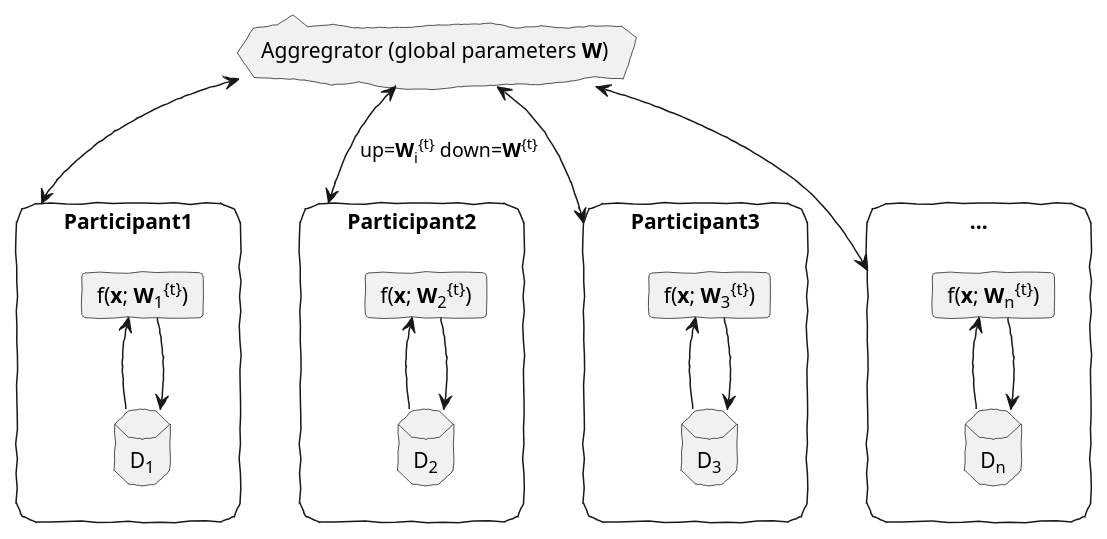
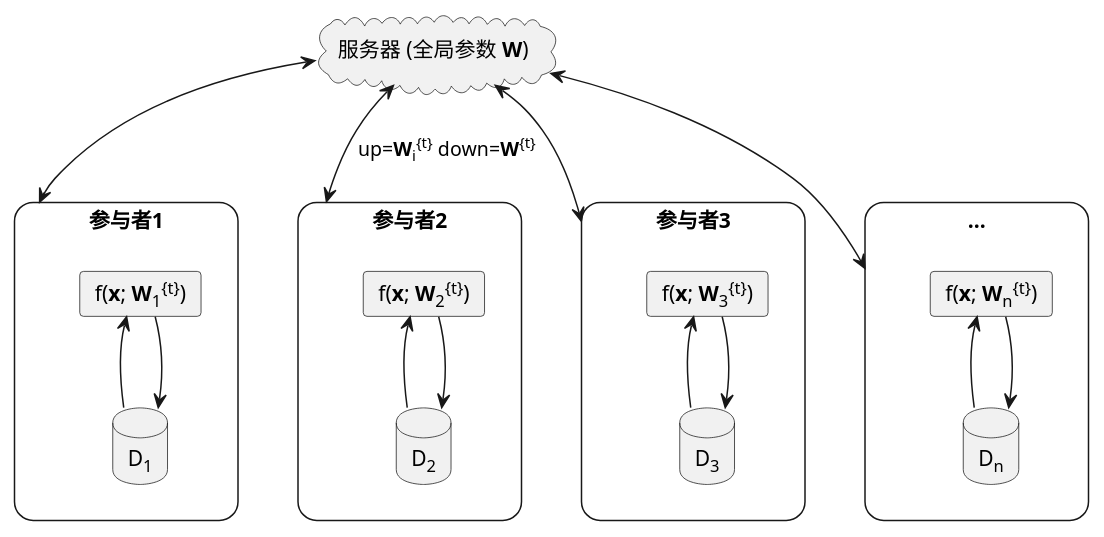
The diagram in report/imgs/memberinf_fed_deployment_diagram.puml (gongzhimin/Membership-Inference-Attack-in-Federated-Learning), drawn with PlantUML before and after one commit. The commit also changed 8 other files, not shown here.

```diff
--- a/report/imgs/memberinf_fed_deployment_diagram.puml
+++ b/report/imgs/memberinf_fed_deployment_diagram.puml
@@ -1,35 +1,65 @@
 @startuml memberinf_fed_deployment_diagram
-skinparam handwritten true
+' skinparam handwritten true
 skinparam rectangle {
     RoundCorner 25
 }
-cloud "Aggregrator (global parameters <b>W</b>)" as server
-rectangle Participant1 as p1 {
+' cloud "Aggregrator (global parameters <b>W</b>)" as server
+' rectangle Participant1 as p1 {
+'     database "D<sub>1</sub>" as D1
+'     card "f(<b>x</b>; <b>W</b><sub>1</sub><sup>{t}</sup>)" as model1
+'     model1 <-- D1
+'     model1 --> D1
+' }
+' rectangle Participant2 as p2 {
+'     database "D<sub>2</sub>" as D2
+'     card "f(<b>x</b>; <b>W</b><sub>2</sub><sup>{t}</sup>)" as model2
+'     model2 <-- D2
+'     model2 --> D2
+' }
+' rectangle Participant3 as p3 {
+'     database "D<sub>3</sub>" as D3
+'     card "f(<b>x</b>; <b>W</b><sub>3</sub><sup>{t}</sup>)" as model3
+'     model3 <-- D3
+'     model3 --> D3
+' }
+' rectangle "..." as pn {
+'     database "D<sub>n</sub>" as Dn
+'     card "f(<b>x</b>; <b>W</b><sub>n</sub><sup>{t}</sup>)" as modeln
+'     modeln <-- Dn
+'     modeln --> Dn
+' }
+' server <--> p1
+' server <--> p2 : "up=<b>W</b><sub>i</sub><sup>{t}</sup> down=<b>W</b><sup>{t}</sup>"
+' server <--> p3
+' server <--> pn
+
+cloud "服务器 (全局参数 <b>W</b>)" as server
+rectangle 参与者1 as p1 {
     database "D<sub>1</sub>" as D1
     card "f(<b>x</b>; <b>W</b><sub>1</sub><sup>{t}</sup>)" as model1
     model1 <-- D1
     model1 --> D1
 }
-rectangle Participant2 as p2 {
+rectangle 参与者2 as p2 {
     database "D<sub>2</sub>" as D2
     card "f(<b>x</b>; <b>W</b><sub>2</sub><sup>{t}</sup>)" as model2
     model2 <-- D2
     model2 --> D2
 }
-rectangle Participant3 as p3 {
+rectangle 参与者3 as p3 {
     database "D<sub>3</sub>" as D3
     card "f(<b>x</b>; <b>W</b><sub>3</sub><sup>{t}</sup>)" as model3
     model3 <-- D3
     model3 --> D3
 }
 rectangle "..." as pn {
     database "D<sub>n</sub>" as Dn
     card "f(<b>x</b>; <b>W</b><sub>n</sub><sup>{t}</sup>)" as modeln
     modeln <-- Dn
     modeln --> Dn
 }
 server <--> p1
 server <--> p2 : "up=<b>W</b><sub>i</sub><sup>{t}</sup> down=<b>W</b><sup>{t}</sup>"
 server <--> p3
 server <--> pn
 @enduml
```
